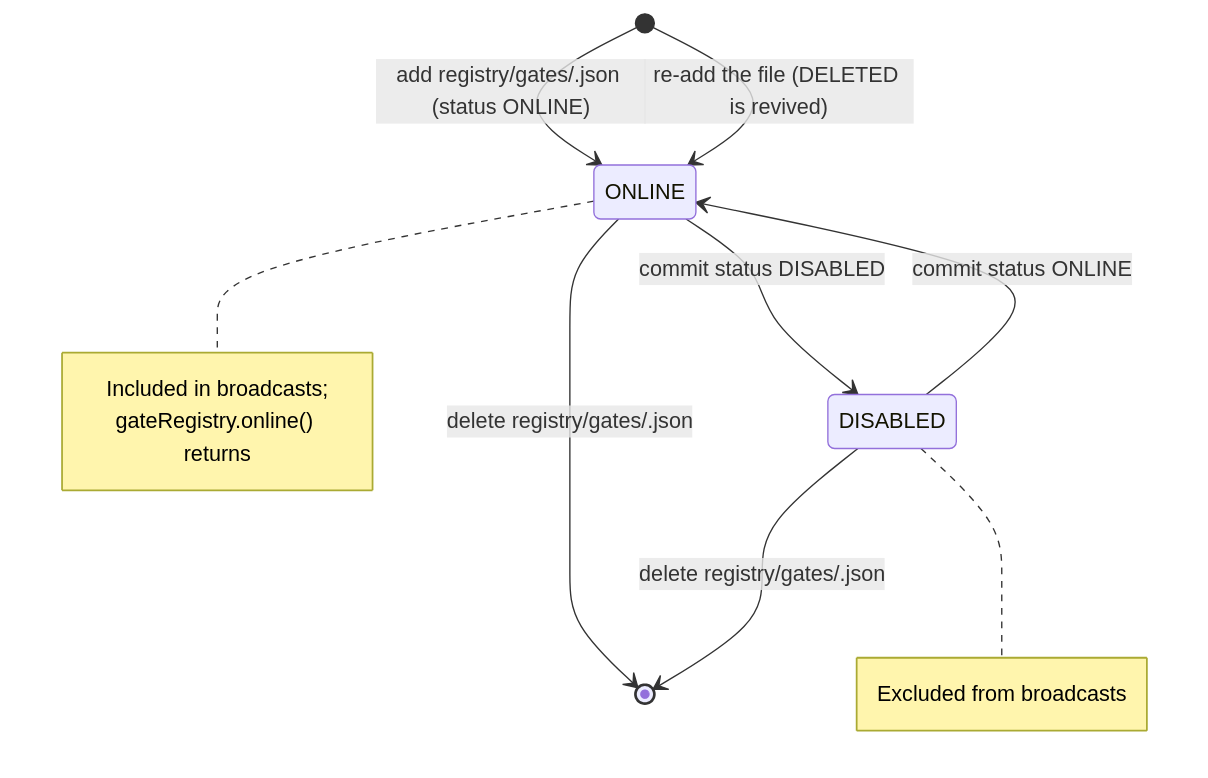
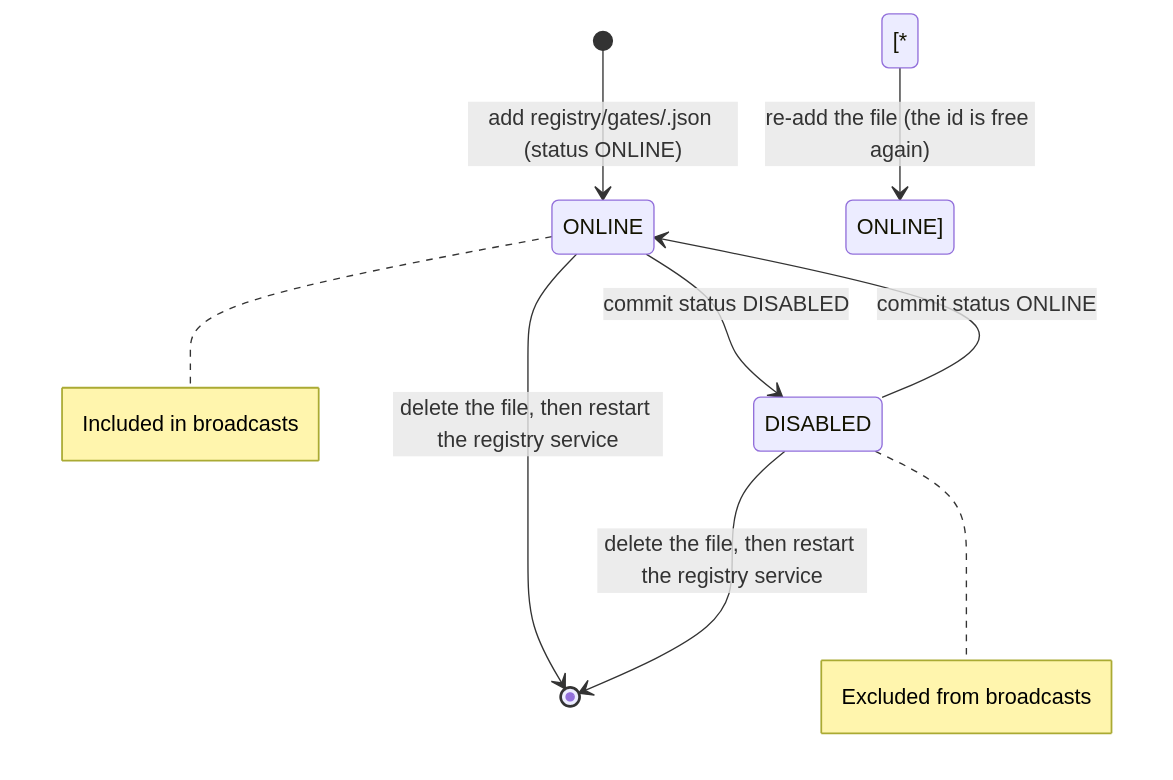
Before and after one commit to kemit-ee/efti-gate-ee: the diagram in docs/architecture/registry-management/gate_registry.md, drawn with Mermaid. The commit also changed other lines of this file and 95 other files, not shown here.

````diff
--- a/docs/architecture/registry-management/gate_registry.md
+++ b/docs/architecture/registry-management/gate_registry.md
@@ -12,16 +13,15 @@
 ```mermaid
 stateDiagram-v2
     [*] --> ONLINE: add registry/gates/<id>.json (status ONLINE)
     ONLINE --> DISABLED: commit status DISABLED
     DISABLED --> ONLINE: commit status ONLINE
-    ONLINE --> [*]: delete registry/gates/<id>.json
-    DISABLED --> [*]: delete registry/gates/<id>.json
-    [*] --> ONLINE: re-add the file (DELETED is revived)
+    ONLINE --> [*]: delete the file, then restart the registry service
+    DISABLED --> [*]: delete the file, then restart the registry service
+    [* --> ONLINE]: re-add the file (the id is free again)
     note right of ONLINE
-        Included in broadcasts;
-        gateRegistry.online() returns
+        Included in broadcasts
     end note
     note right of DISABLED
         Excluded from broadcasts
     end note
 ```
````
